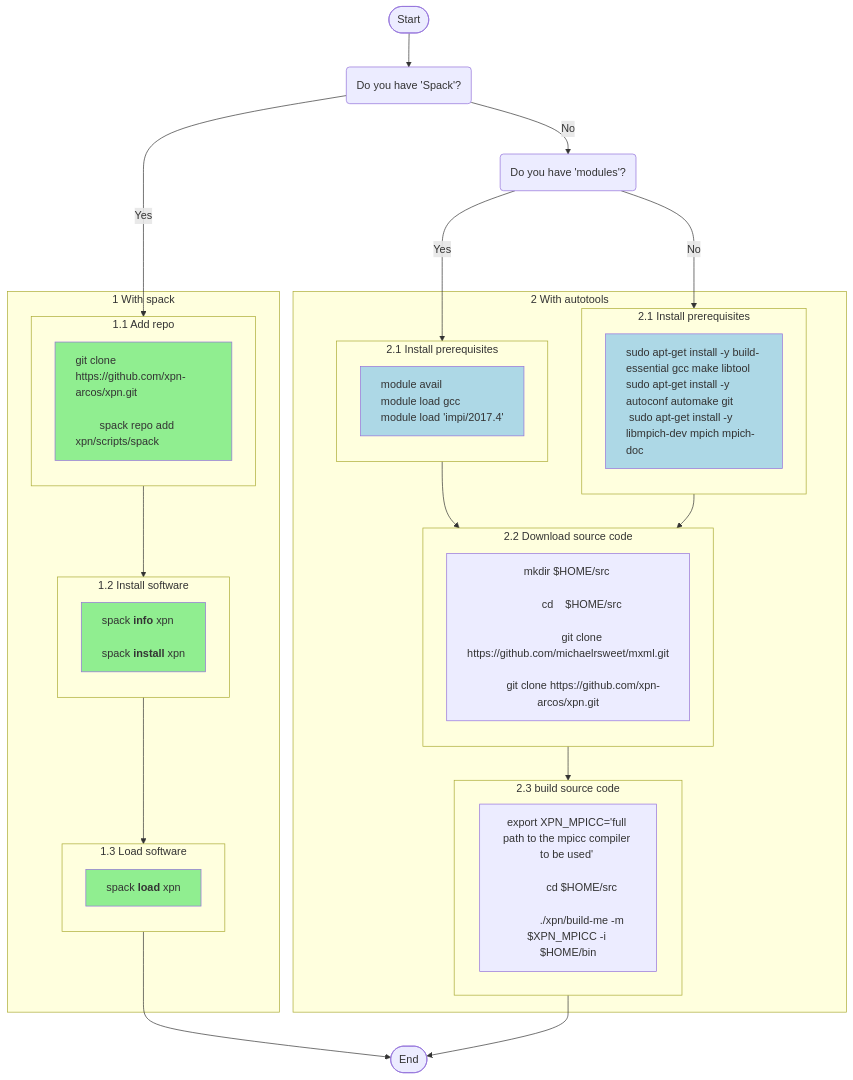
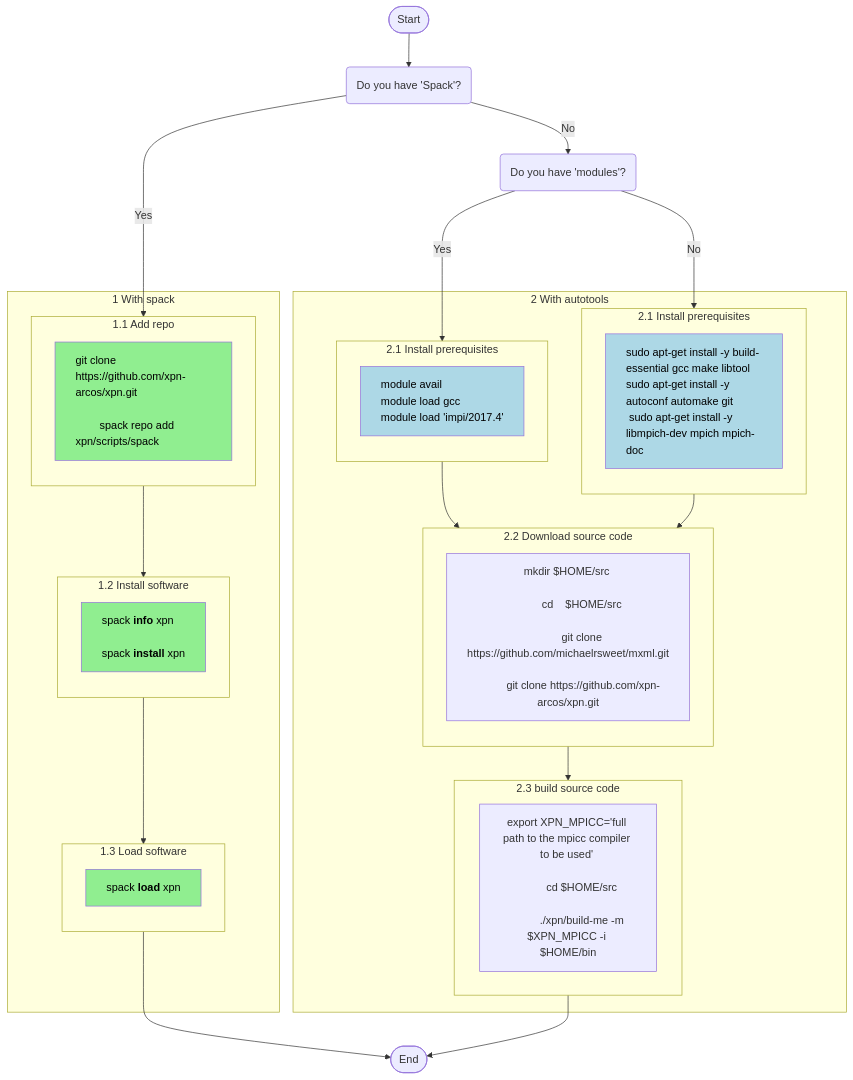
The first of 4 diagrams in README.md (xpn-arcos/xpn), drawn with Mermaid before and after one commit. The commit also changed other lines of this file, not shown here.

````diff
--- a/README.md
+++ b/README.md
@@ -23,64 +23,64 @@
   ```mermaid
   %% {init: {"flowchart": {"defaultRenderer": "elk"}} }%%
   flowchart TD
     A([Start]) --> B("Do you have 'Spack'?")
     B -- Yes --> ide11
     B -- No --> Y1("Do you have 'modules'?")
 
     %% (1) with spack
     subgraph ide1 [1 With spack]
     subgraph ide11 [1.1 Add repo]
        direction TB
        X1["git clone https://github.com/xpn-arcos/xpn.git </br>
           spack repo add xpn/scripts/spack"]
     end
     subgraph ide12 [1.2 Install software]
        direction TB
        X2["`spack **info** xpn &nbsp;&nbsp;</br>
          spack **install** xpn`"]
     end
     subgraph ide13 [1.3 Load software]
        direction TB
        X3["`spack **load** xpn`"]
     end
-    classDef lt text-align:left,fill:lightgreen; 
+    classDef lt text-align:left,fill:lightgreen,color:black; 
     class X1,X2,X3 lt;
     ide11 --> ide12
     ide12 --> ide13
     end
     ide13 --> I([End])
 
     Y1-- Yes --> ide21a
     Y1-- No ---> ide21b
     subgraph ide2 [2 With autotools]
     subgraph ide21a [2.1 Install prerequisites]
        direction TB
        Y1A["module avail <br> module load gcc<br> module load 'impi/2017.4'"]
     end
     subgraph ide21b [2.1 Install prerequisites]
        direction TB
        Y1B["sudo apt-get install -y build-essential gcc make libtool<br>sudo apt-get install -y autoconf automake git<br> sudo apt-get install -y libmpich-dev mpich mpich-doc"]
     end
     subgraph ide22 [2.2 Download source code]
        direction TB
        Y2B["mkdir $HOME/src </br>
             cd    $HOME/src </br>
             git clone https://github.com/michaelrsweet/mxml.git<br>
             git clone https://github.com/xpn-arcos/xpn.git"]
     end
     subgraph ide23 ["2.3 build source code"]
        direction LR
        Y3B["export XPN_MPICC='full path to the mpicc compiler to be used' <br>
             cd $HOME/src <br>
             ./xpn/build-me -m $XPN_MPICC -i $HOME/bin"]
     end
     ide21a --> ide22
     ide21b --> ide22
     ide22 --> ide23
 
-    classDef lt2 text-align:left,fill:lightblue;
+    classDef lt2 text-align:left,fill:lightblue,color:black;
     class Y1A,Y1B lt2;
     end
 
     Y3B --> I([End])
   ```
````
